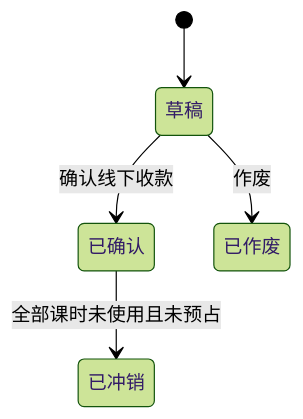
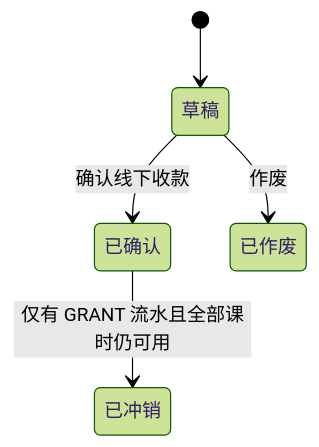
One commit to Broccoli-X/member-course-miniapp changed the third of 4 diagrams in docs/superpowers/specs/2026-07-23-member-course-miniapp-design.md. Above: the diagram before and after it, drawn with Mermaid (forest theme). The commit also changed other lines of this file, not shown here.

```diff
--- a/docs/superpowers/specs/2026-07-23-member-course-miniapp-design.md
+++ b/docs/superpowers/specs/2026-07-23-member-course-miniapp-design.md
@@ -208,11 +214,11 @@
 ~~~mermaid
 stateDiagram-v2
     state "草稿" as DRAFT
     state "已确认" as CONFIRMED
     state "已作废" as VOIDED
     state "已冲销" as REVERSED
     [*] --> DRAFT
     DRAFT --> CONFIRMED: 确认线下收款
     DRAFT --> VOIDED: 作废
-    CONFIRMED --> REVERSED: 全部课时未使用且未预占
+    CONFIRMED --> REVERSED: 仅有 GRANT 流水且全部课时仍可用
 ~~~
```
